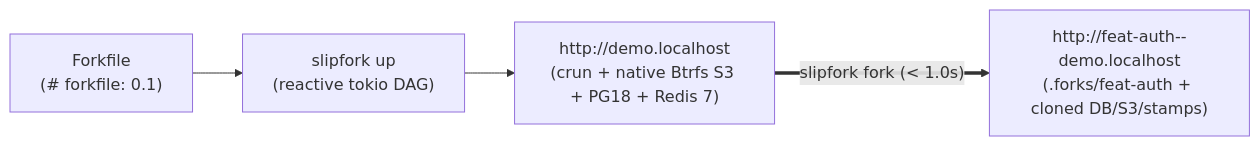
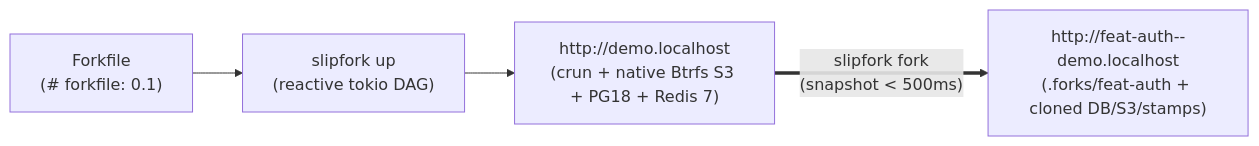
The diagram in specs/README.md (OffworldNexus/slipfork), drawn with Mermaid before and after one commit. The commit also changed other lines of this file and 25 other files, not shown here.

````diff
--- a/specs/README.md
+++ b/specs/README.md
@@ -18,6 +21,6 @@
 ```mermaid
 flowchart LR
   FF["Forkfile\n(# forkfile: 0.1)"] --> Up["slipfork up\n(reactive tokio DAG)"]
   Up --> World["http://demo.localhost\n(crun + native Btrfs S3 + PG18 + Redis 7)"]
-  World ==>|"slipfork fork (< 1.0s)"| Fork["http://feat-auth--demo.localhost\n(.forks/feat-auth + cloned DB/S3/stamps)"]
+  World ==>|"slipfork fork\n(snapshot < 500ms)"| Fork["http://feat-auth--demo.localhost\n(.forks/feat-auth + cloned DB/S3/stamps)"]
 ```
````
